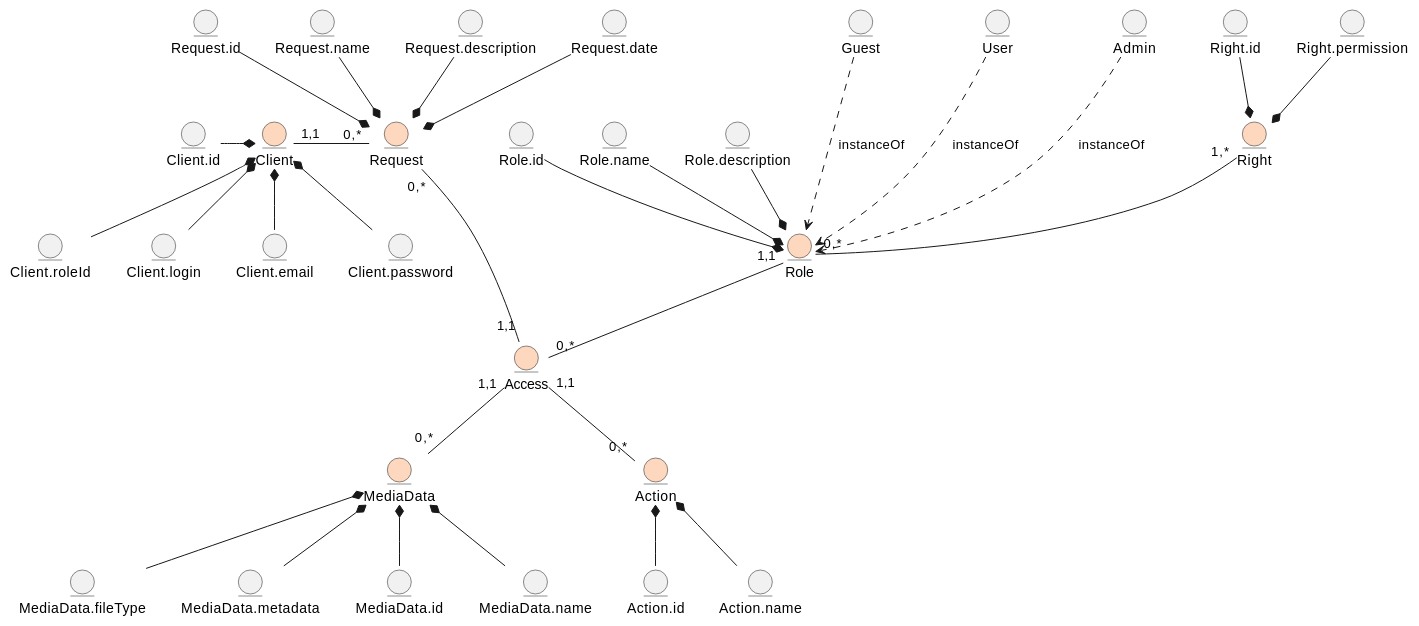
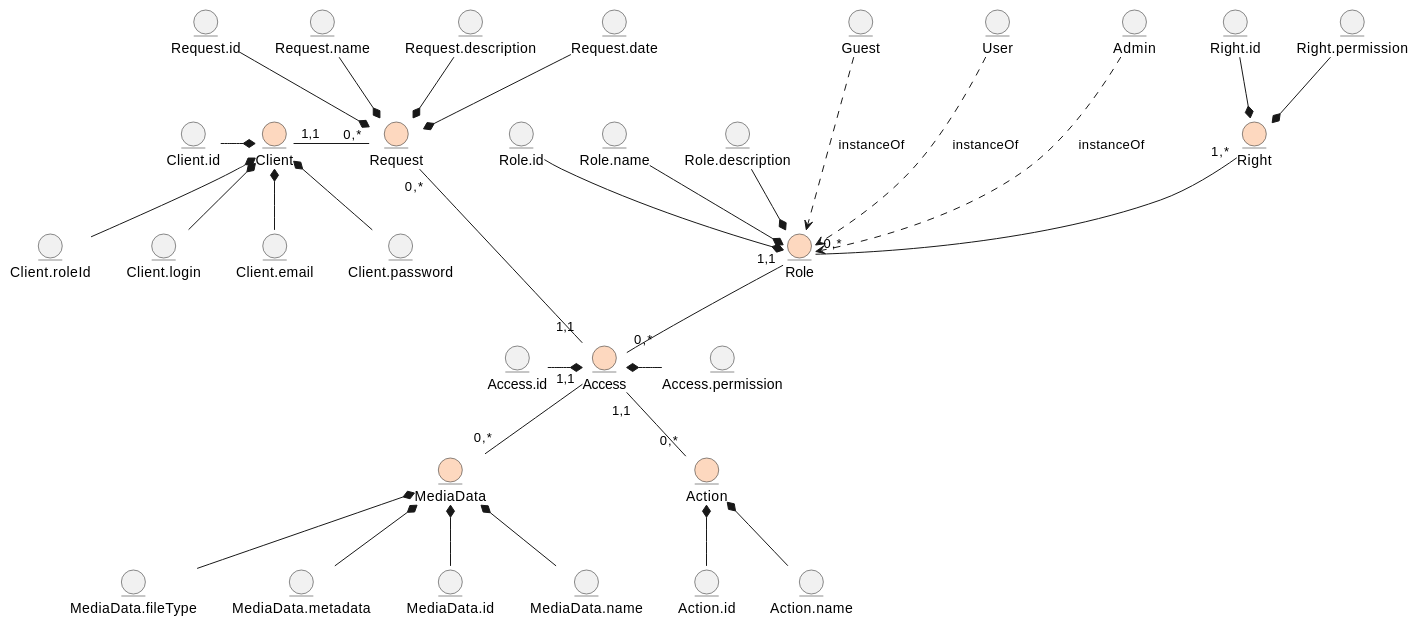
The first of 2 diagrams in docs/design/README.md (nonGratis/retarder-io-23-3), drawn with PlantUML before and after one commit.

Commit message:
add attributes to Access in BO UML

```diff
--- a/docs/design/README.md
+++ b/docs/design/README.md
@@ -54,6 +54,11 @@
   Request.date --* Request
 
 entity Access #fdd8bf
+  entity Access.id
+  entity Access.permission
+
+  Access.id -r-* Access
+  Access.permission -l-* Access
 
 entity Action #fdd8bf
   entity Action.id
```
